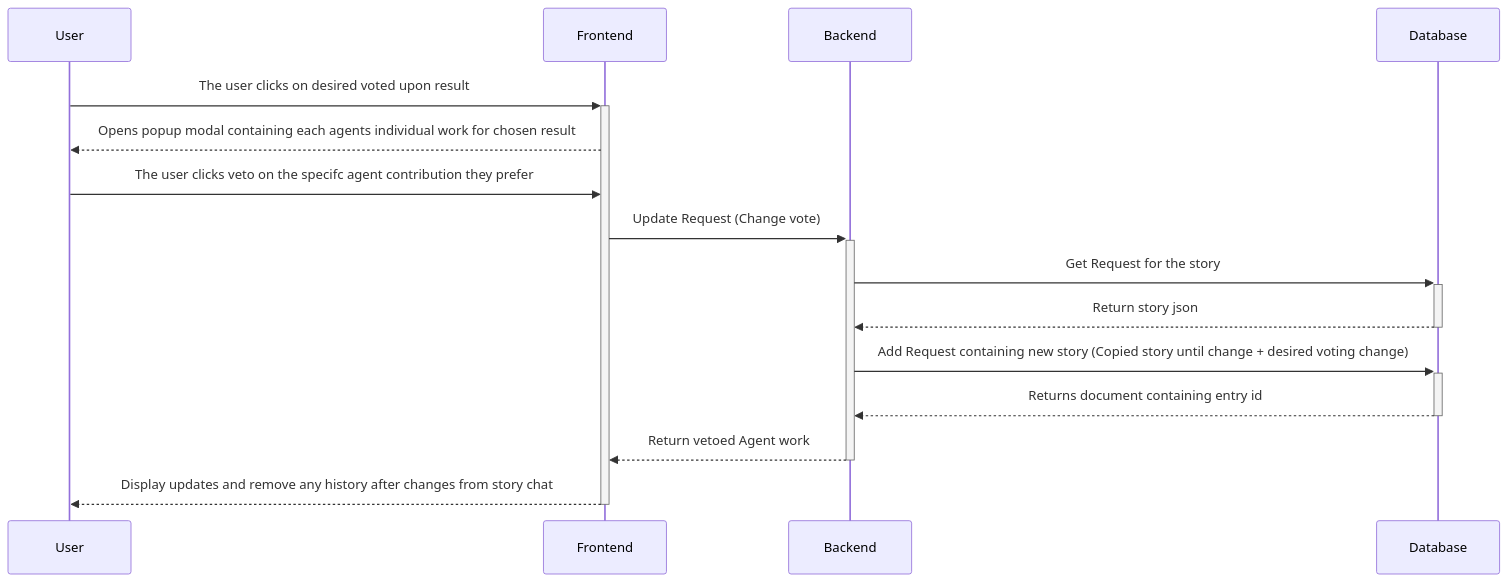
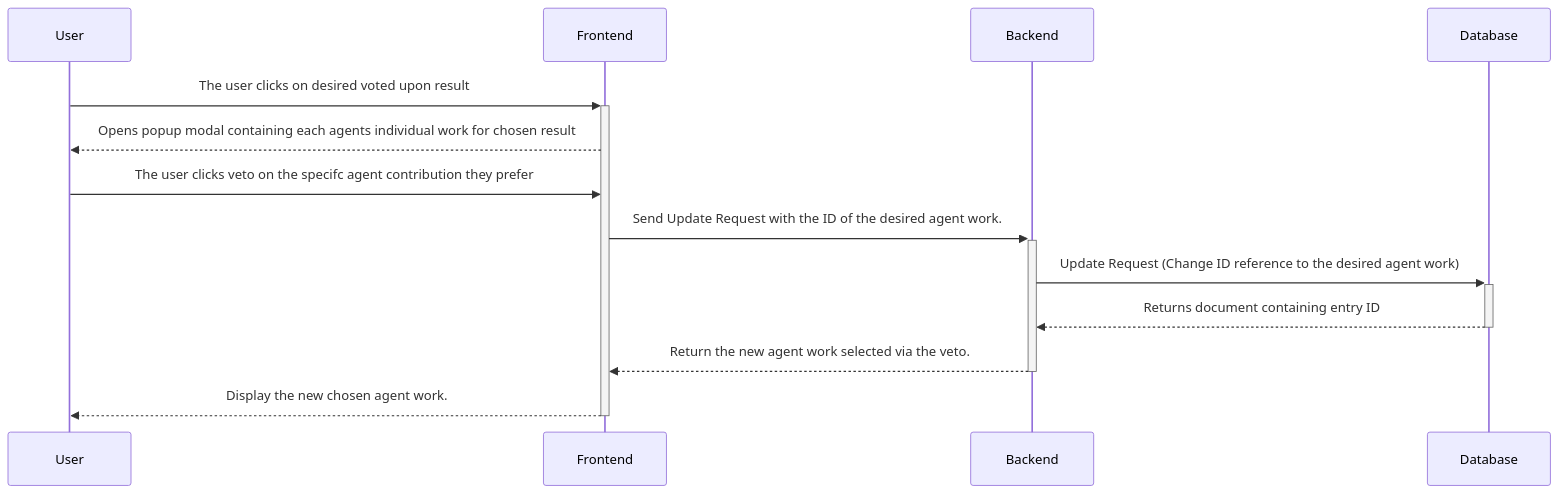
The sixth of 7 diagrams in documentation/docs/system-architecture/sequence-diagrams.md (Capstone-Projects-2025-Spring/project-003-story-builder-team-1), drawn with Mermaid before and after one commit. The commit also changed other lines of this file, not shown here.

Commit message:
Replaced initial writing process sequence diagram with agent generation sequence diagram

````diff
--- a/documentation/docs/system-architecture/sequence-diagrams.md
+++ b/documentation/docs/system-architecture/sequence-diagrams.md
@@ -148,17 +123,15 @@
 ```mermaid
 sequenceDiagram
     participant User
     participant Frontend
     participant Backend
     participant Database
     User->>+Frontend: The user clicks on desired voted upon result
     Frontend-->>User: Opens popup modal containing each agents individual work for chosen result
     User->>Frontend: The user clicks veto on the specifc agent contribution they prefer
-    Frontend->>+Backend: Update Request (Change vote)
-    Backend->>+Database: Get Request for the story
-    Database-->>-Backend: Return story json
-    Backend->>+Database: Add Request containing new story (Copied story until change + desired voting change)
-    Database-->>-Backend: Returns document containing entry id
-    Backend-->>-Frontend: Return vetoed Agent work
-    Frontend-->>-User: Display updates and remove any history after changes from story chat
+    Frontend->>+Backend: Send Update Request with the ID of the desired agent work.
+    Backend->>+Database: Update Request (Change ID reference to the desired agent work)
+    Database-->>-Backend: Returns document containing entry ID
+    Backend-->>-Frontend: Return the new agent work selected via the veto. 
+    Frontend-->>-User: Display the new chosen agent work. 
 ```
````
